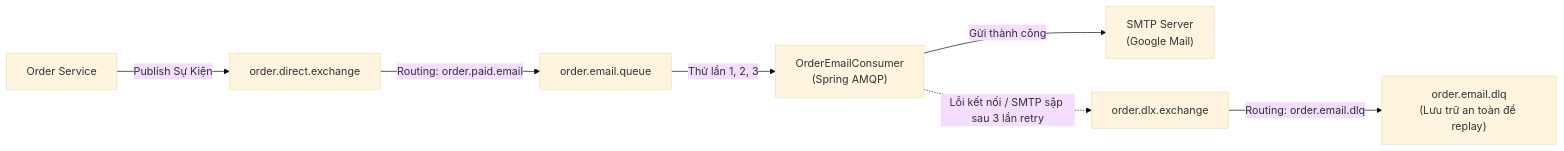
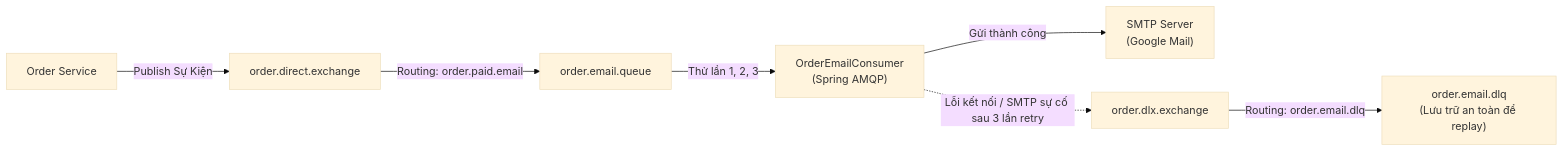
Before and after one commit to vass05/ShopBanHangOnline: the third of 4 diagrams in README.md, drawn with Mermaid (base theme). The commit also changed other lines of this file, not shown here.

````diff
--- a/README.md
+++ b/README.md
@@ -145,11 +146,11 @@
 ```mermaid
 graph LR
     Publisher["Order Service"] -->|Publish Sự Kiện| DirectExchange["order.direct.exchange"]
     DirectExchange -->|Routing: order.paid.email| EmailQueue["order.email.queue"]
     
     EmailQueue -->|Thử lần 1, 2, 3| Consumer["OrderEmailConsumer\n(Spring AMQP)"]
     Consumer -->|Gửi thành công| SMTP["SMTP Server\n(Google Mail)"]
     
-    Consumer -.->|Lỗi kết nối / SMTP sập sau 3 lần retry| DLX["order.dlx.exchange"]
+    Consumer -.->|Lỗi kết nối / SMTP sự cố sau 3 lần retry| DLX["order.dlx.exchange"]
     DLX -->|Routing: order.email.dlq| DLQ["order.email.dlq\n(Lưu trữ an toàn để replay)"]
 ```
````
